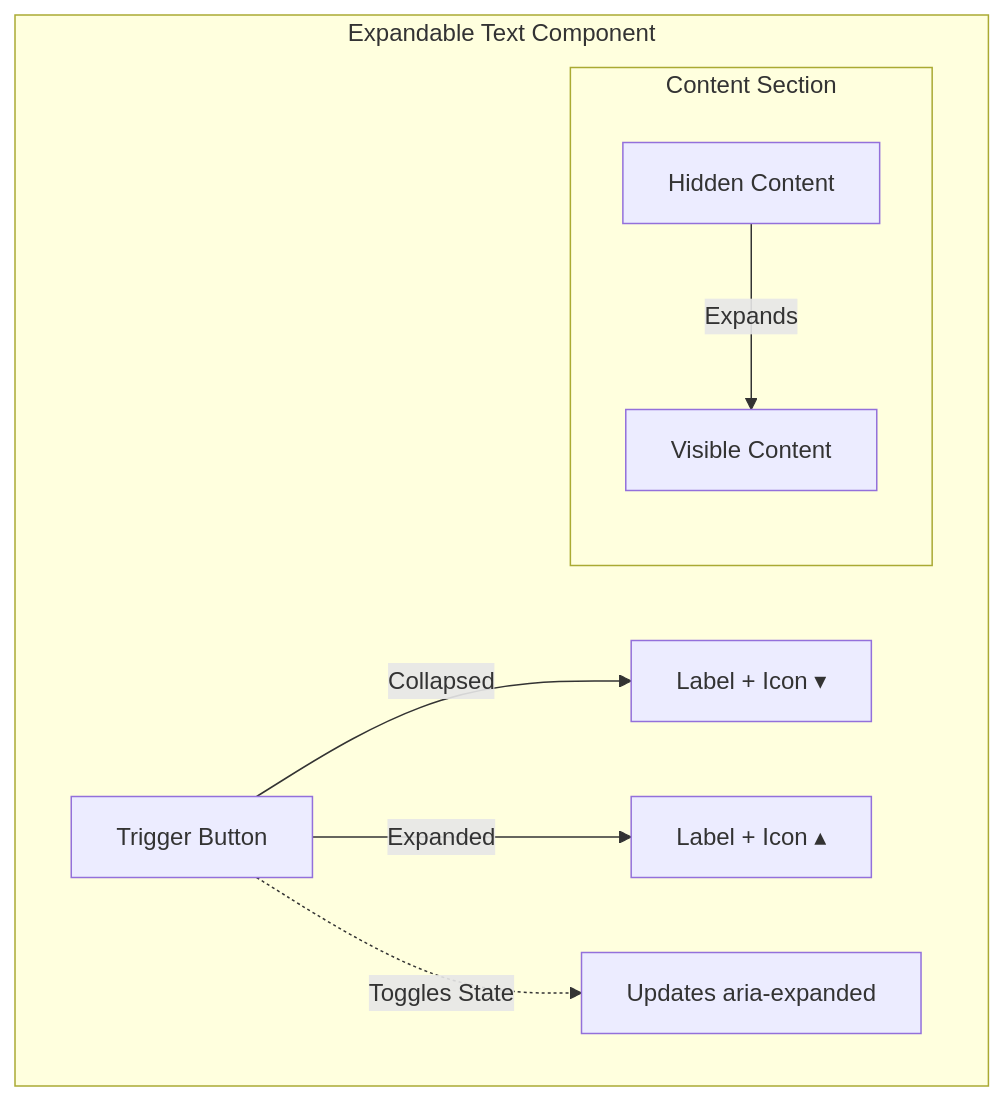
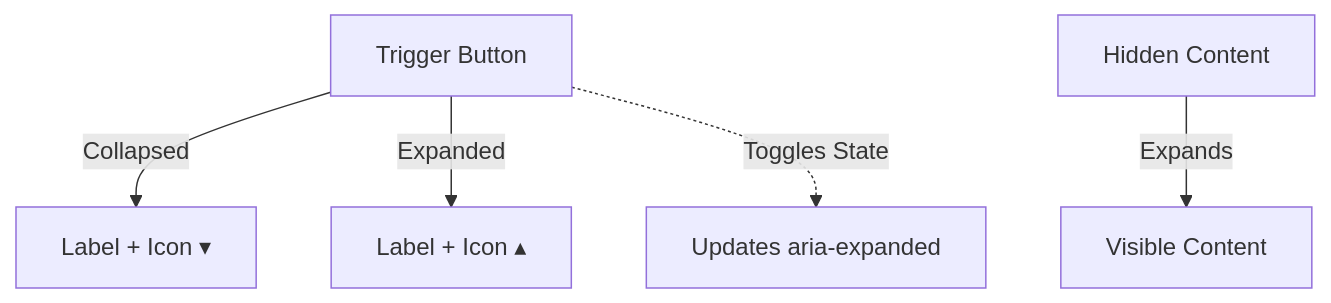
The diagram in apps/web/content/patterns/content-management/expandable-text.mdx (thedaviddias/ux-patterns-for-developers), drawn with Mermaid before and after one commit. The commit also changed 19 other files, not shown here.

````diff
--- a/apps/web/content/patterns/content-management/expandable-text.mdx
+++ b/apps/web/content/patterns/content-management/expandable-text.mdx
@@ -62,12 +62,7 @@
 ```mermaid
 flowchart TB
-    subgraph ExpandableText[Expandable Text Component]
-        A[Trigger Button] -->|Collapsed| B[Label + Icon ▾]
-        A -->|Expanded| C[Label + Icon ▴]
-        A -.->|Toggles State| D[Updates aria-expanded]
-
-        subgraph ContentSection[Content Section]
-            E[Hidden Content] -->|Expands| F[Visible Content]
-        end
-    end
+A[Trigger Button] -->|Collapsed| B[Label + Icon ▾]
+A -->|Expanded| C[Label + Icon ▴]
+A -.->|Toggles State| D[Updates aria-expanded]
+E[Hidden Content] -->|Expands| F[Visible Content]
 ```
````
